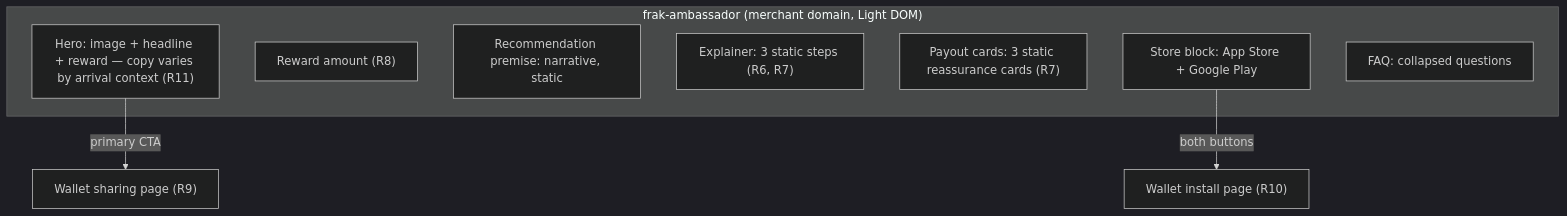
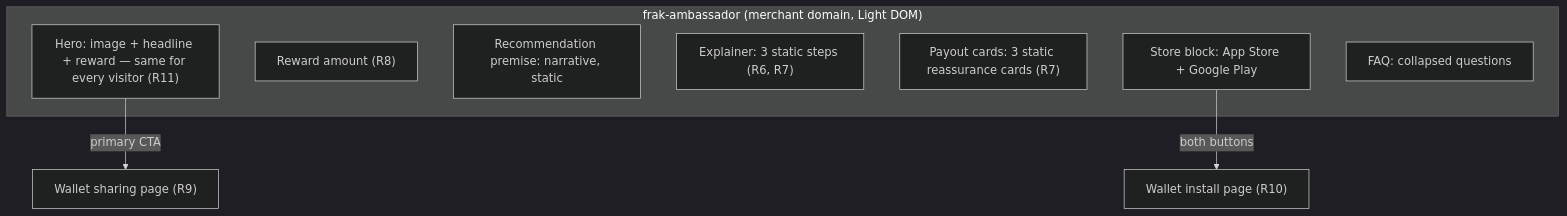
The diagram in docs/plans/2026-09-15-1424-feat-ambassador-page-component-plan.md (frak-id/wallet), drawn with Mermaid (dark theme) before and after one commit. The commit also changed other lines of this file and 1 other file, not shown here.

````diff
--- a/docs/plans/2026-09-15-1424-feat-ambassador-page-component-plan.md
+++ b/docs/plans/2026-09-15-1424-feat-ambassador-page-component-plan.md
@@ -98,14 +98,14 @@
 ```mermaid
 flowchart TB
   subgraph page["frak-ambassador (merchant domain, Light DOM)"]
-    hero["Hero: image + headline + reward — copy varies by arrival context (R11)"]
+    hero["Hero: image + headline + reward — same for every visitor (R11)"]
     amount["Reward amount (R8)"]
     premise["Recommendation premise: narrative, static"]
     steps["Explainer: 3 static steps (R6, R7)"]
     payout["Payout cards: 3 static reassurance cards (R7)"]
     stores["Store block: App Store + Google Play"]
     faq["FAQ: collapsed questions"]
   end
   hero -->|primary CTA| sharing["Wallet sharing page (R9)"]
   stores -->|both buttons| install["Wallet install page (R10)"]
 ```
````
